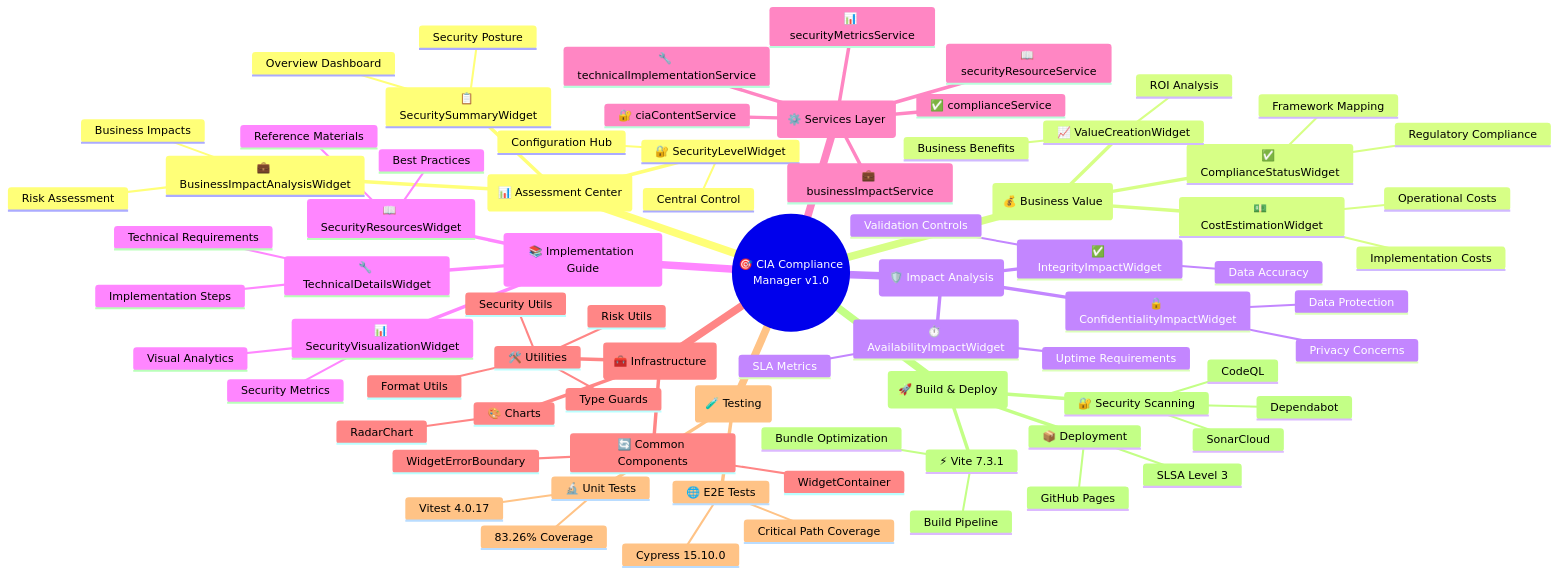
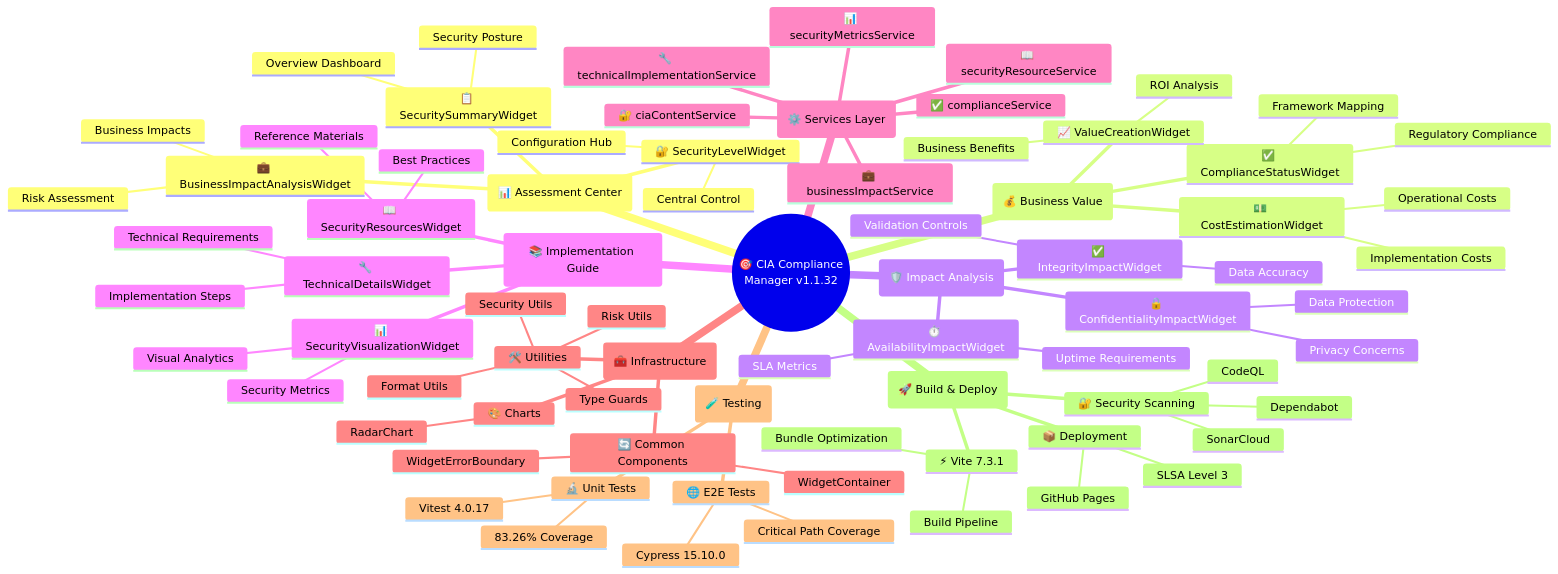
The first of 13 diagrams in docs/architecture/MINDMAP.md (Hack23/cia-compliance-manager), drawn with Mermaid before and after one commit. The commit also changed other lines of this file and 1 other file, not shown here.

Commit message:
docs: update SWOT.md to v1.1.32 and complete MINDMAP.md version references

````diff
--- a/docs/architecture/MINDMAP.md
+++ b/docs/architecture/MINDMAP.md
@@ -93,80 +93,80 @@
 ```mermaid
 mindmap
-  root((🎯 CIA Compliance<br/>Manager v1.0))
+  root((🎯 CIA Compliance<br/>Manager v1.1.32))
     (📊 Assessment Center)
       🔐 SecurityLevelWidget
         Configuration Hub
         Central Control
       📋 SecuritySummaryWidget
         Overview Dashboard
         Security Posture
       💼 BusinessImpactAnalysisWidget
         Risk Assessment
         Business Impacts
     (💰 Business Value)
       ✅ ComplianceStatusWidget
         Framework Mapping
         Regulatory Compliance
       💵 CostEstimationWidget
         Implementation Costs
         Operational Costs
       📈 ValueCreationWidget
         Business Benefits
         ROI Analysis
     (🛡️ Impact Analysis)
       🔒 ConfidentialityImpactWidget
         Data Protection
         Privacy Concerns
       ✅ IntegrityImpactWidget
         Data Accuracy
         Validation Controls
       ⏱️ AvailabilityImpactWidget
         Uptime Requirements
         SLA Metrics
     (📚 Implementation Guide)
       🔧 TechnicalDetailsWidget
         Technical Requirements
         Implementation Steps
       📖 SecurityResourcesWidget
         Reference Materials
         Best Practices
       📊 SecurityVisualizationWidget
         Security Metrics
         Visual Analytics
     (⚙️ Services Layer)
       🔐 ciaContentService
       💼 businessImpactService
       ✅ complianceService
       📊 securityMetricsService
       📖 securityResourceService
       🔧 technicalImplementationService
     (🧰 Infrastructure)
       🎨 Charts
         RadarChart
       🔄 Common Components
         WidgetContainer
         WidgetErrorBoundary
       🛠️ Utilities
         Security Utils
         Risk Utils
         Format Utils
         Type Guards
     (🧪 Testing)
       🔬 Unit Tests
         Vitest 4.0.17
         83.26% Coverage
       🌐 E2E Tests
         Cypress 15.10.0
         Critical Path Coverage
     (🚀 Build & Deploy)
       ⚡ Vite 7.3.1
         Build Pipeline
         Bundle Optimization
       🔐 Security Scanning
         SonarCloud
         CodeQL
         Dependabot
       📦 Deployment
         GitHub Pages
         SLSA Level 3
 ```
````
